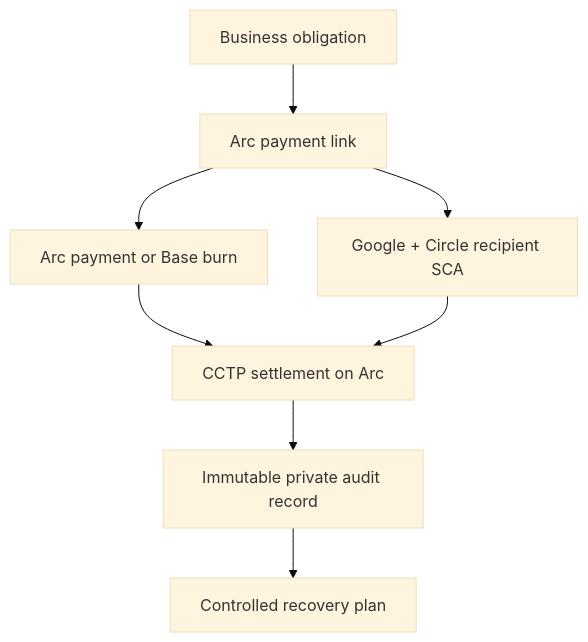
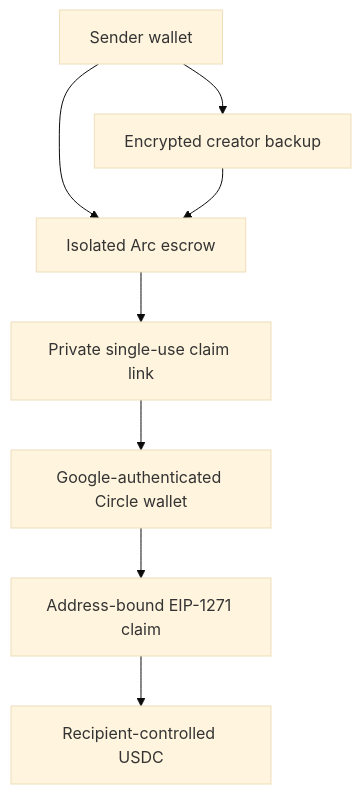
The diagram in README.md (Mabolla/arc-paylink), drawn with Mermaid (base theme) before and after one commit. The commit also changed other lines of this file, not shown here.

Commit message:
docs: align README with verified mainnet flow

````diff
--- a/README.md
+++ b/README.md
@@ -17,10 +46,10 @@
 ```mermaid
 flowchart TD
-  A[Business obligation] --> B[Arc payment link]
-  B --> C[Arc payment or Base burn]
-  C --> D[CCTP settlement on Arc]
-  D --> E[Immutable private audit record]
-  E --> F[Controlled recovery plan]
-  B --> G[Google + Circle recipient SCA]
-  G --> D
+  A[Sender wallet] --> B[Isolated Arc escrow]
+  B --> C[Private single-use claim link]
+  C --> D[Google-authenticated Circle wallet]
+  D --> E[Address-bound EIP-1271 claim]
+  E --> F[Recipient-controlled USDC]
+  A --> G[Encrypted creator backup]
+  G --> B
 ```
````
